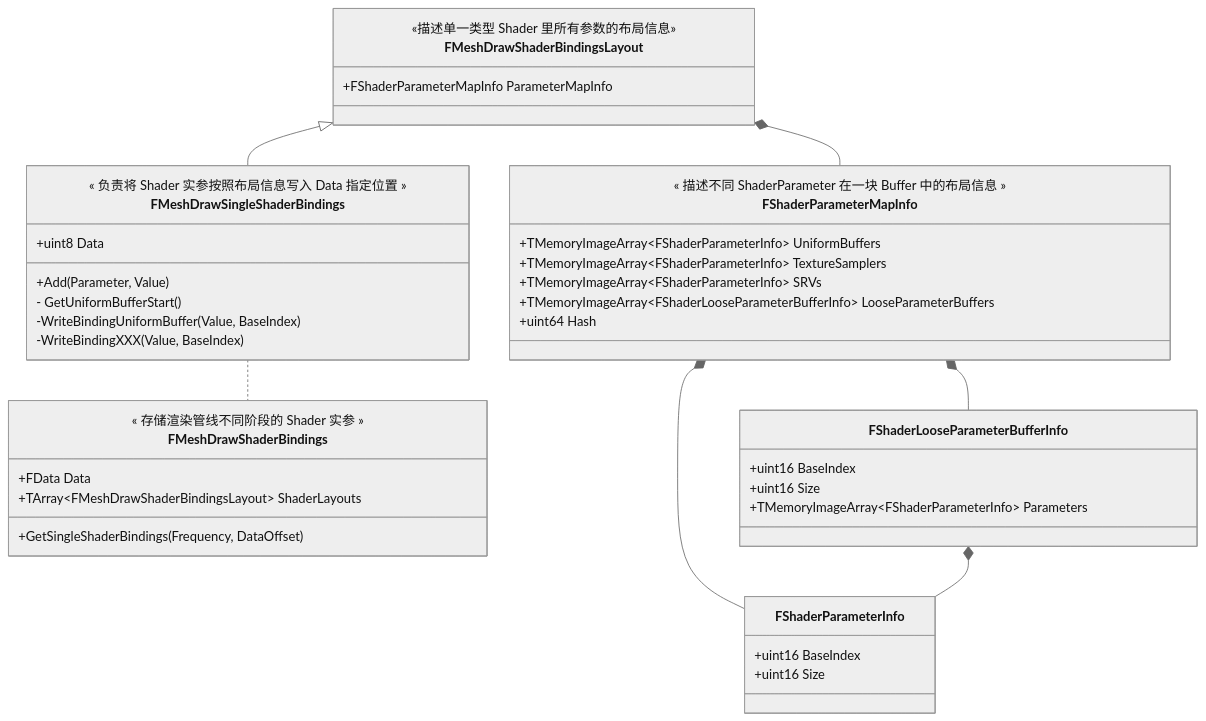
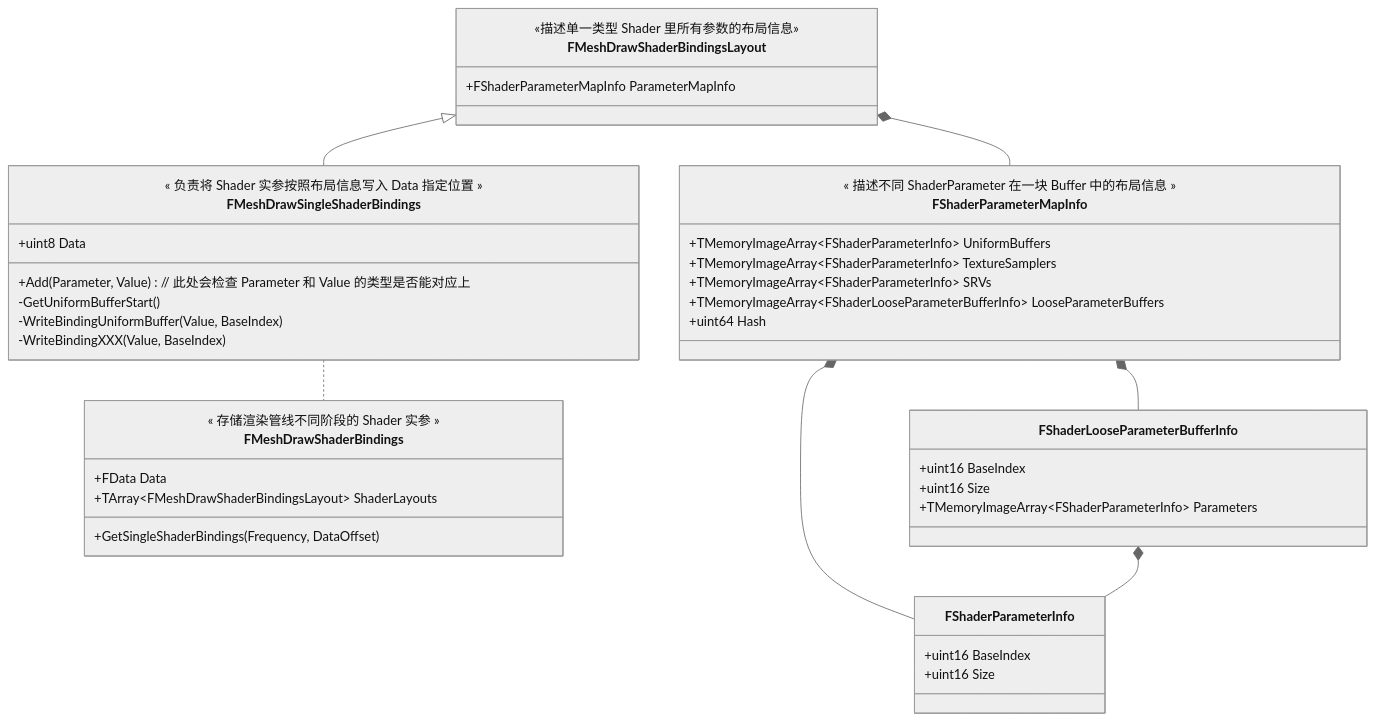
Before and after one commit to StormPhoenix/Notebook: the second of 4 diagrams in notes/reading-notes.graphics-engineering.unreal-engine.renderpipeline-and-framework-design.shader-bindings.md, drawn with Mermaid (neutral theme). The commit also changed other lines of this file, not shown here.

Commit message:
Sync files at: 2023/07/20 周四  9:51:24.33

````diff
--- a/notes/reading-notes.graphics-engineering.unreal-engine.renderpipeline-and-framework-design.shader-bindings.md
+++ b/notes/reading-notes.graphics-engineering.unreal-engine.renderpipeline-and-framework-design.shader-bindings.md
@@ -70,45 +70,45 @@
 ```mermaid
 classDiagram
     class FMeshDrawShaderBindingsLayout {
         <<描述单一类型 Shader 里所有参数的布局信息>>
         +FShaderParameterMapInfo ParameterMapInfo
     }
     class FMeshDrawSingleShaderBindings {
         << 负责将 Shader 实参按照布局信息写入 Data 指定位置 >>
         +uint8 Data
-        +Add(Parameter, Value)
-        - GetUniformBufferStart()
+        +Add(Parameter, Value)  // 此处会检查 Parameter 和 Value 的类型是否能对应上
+        -GetUniformBufferStart()
         -WriteBindingUniformBuffer(Value, BaseIndex)
         -WriteBindingXXX(Value, BaseIndex)
     }
     class FShaderParameterMapInfo {
         << 描述不同 ShaderParameter 在一块 Buffer 中的布局信息 >>
         +TMemoryImageArray~FShaderParameterInfo~ UniformBuffers
         +TMemoryImageArray~FShaderParameterInfo~ TextureSamplers
         +TMemoryImageArray~FShaderParameterInfo~ SRVs
         +TMemoryImageArray~FShaderLooseParameterBufferInfo~ LooseParameterBuffers
         +uint64 Hash
     }
     class FShaderParameterInfo {
         +uint16 BaseIndex
         +uint16 Size 
     }
     class FShaderLooseParameterBufferInfo {
         +uint16 BaseIndex
         +uint16 Size 
         +TMemoryImageArray~FShaderParameterInfo~ Parameters
     }
     class FMeshDrawShaderBindings {
         << 存储渲染管线不同阶段的 Shader 实参 >>
         +FData Data
         +TArray~FMeshDrawShaderBindingsLayout~ ShaderLayouts
         +GetSingleShaderBindings(Frequency, DataOffset) 
     }
 
     FMeshDrawShaderBindingsLayout <|-- FMeshDrawSingleShaderBindings
     FMeshDrawShaderBindingsLayout *-- FShaderParameterMapInfo
     FShaderParameterMapInfo *-- FShaderParameterInfo
     FShaderParameterMapInfo *-- FShaderLooseParameterBufferInfo
     FShaderLooseParameterBufferInfo *-- FShaderParameterInfo
     FMeshDrawSingleShaderBindings .. FMeshDrawShaderBindings
 ```
````
